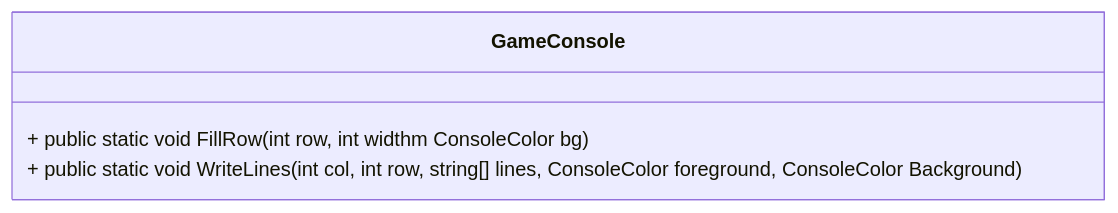
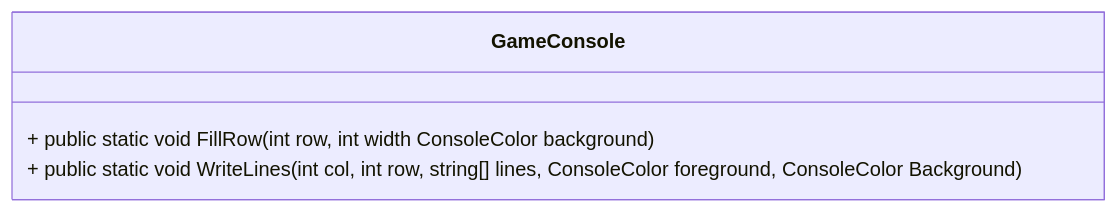
One commit to NexusWeave/MVP-FlappyBird-cs changed the second of 7 diagrams in dokumentasjon/diagram/klasse-diagram.md. Above: the diagram before and after it, drawn with Mermaid.

Commit message:
Fix parameter name in GameConsole.FillRow method for clarity

````diff
--- a/dokumentasjon/diagram/klasse-diagram.md
+++ b/dokumentasjon/diagram/klasse-diagram.md
@@ -20,9 +20,9 @@
 ```mermaid
     classDiagram
         direction TD
 
     class GameConsole {
-        + public static void FillRow(int row, int widthm ConsoleColor bg)
+        + public static void FillRow(int row, int width ConsoleColor background)
         + public static void WriteLines(int col, int row, string[] lines, ConsoleColor foreground, ConsoleColor Background)
     }
 ```
````
